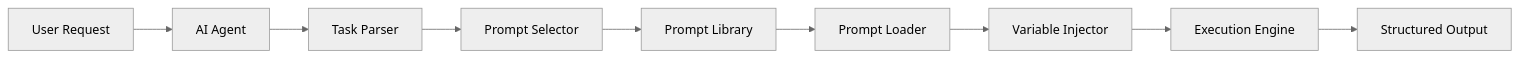
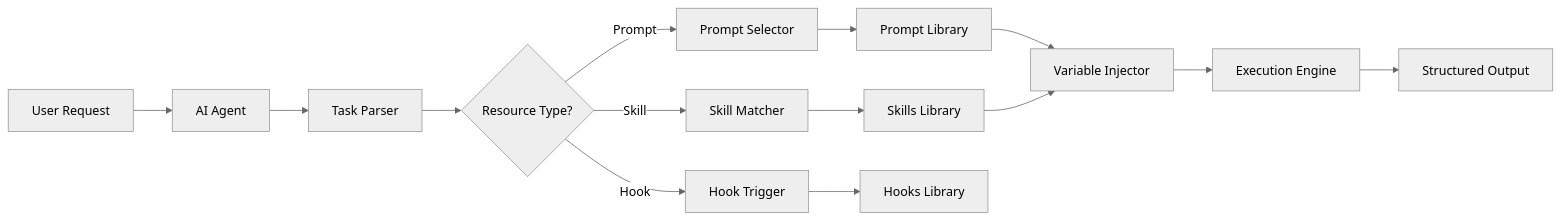
The diagram in AI-AGENT-GUIDE.md (aj-geddes/useful-ai-prompts), drawn with Mermaid (neutral theme) before and after one commit. The commit also changed other lines of this file and 2 other files, not shown here.

````diff
--- a/AI-AGENT-GUIDE.md
+++ b/AI-AGENT-GUIDE.md
@@ -9,11 +18,16 @@
 ```mermaid
 graph LR
     A[User Request] --> B[AI Agent]
     B --> C[Task Parser]
-    C --> D[Prompt Selector]
-    D --> E[Prompt Library]
-    E --> F[Prompt Loader]
-    F --> G[Variable Injector]
-    G --> H[Execution Engine]
-    H --> I[Structured Output]
+    C --> D{Resource Type?}
+    D -->|Prompt| E[Prompt Selector]
+    D -->|Skill| F[Skill Matcher]
+    D -->|Hook| G[Hook Trigger]
+    E --> H[Prompt Library]
+    F --> I[Skills Library]
+    G --> J[Hooks Library]
+    H --> K[Variable Injector]
+    I --> K
+    K --> L[Execution Engine]
+    L --> M[Structured Output]
 ```
````
